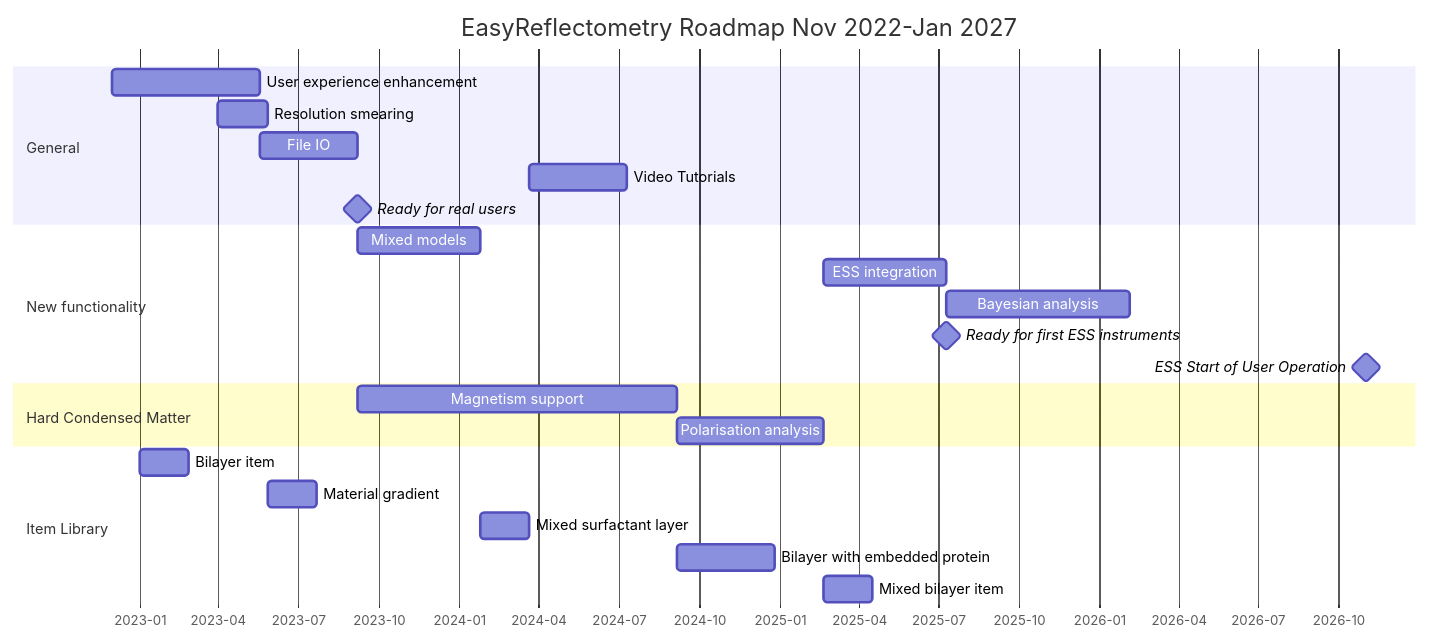
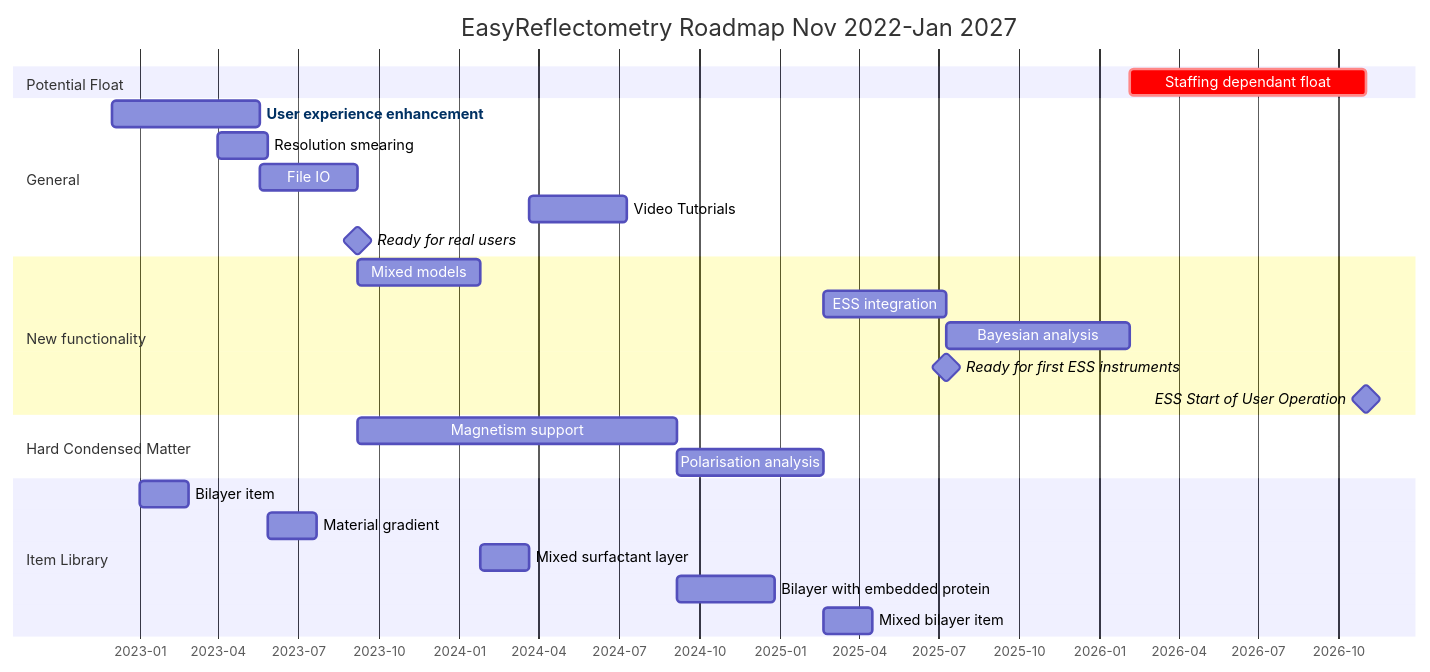
One commit to EasyScience/EasyReflectometryApp changed the diagram in ROADMAP.md. Above: the diagram before and after it, drawn with Mermaid. The commit also changed other lines of this file, not shown here.

Commit message:
Comments from Piotr and testing clicking

````diff
--- a/ROADMAP.md
+++ b/ROADMAP.md
@@ -6,33 +6,35 @@
 ```mermaid
 gantt
     title EasyReflectometry Roadmap Nov 2022-Jan 2027
     dateFormat  YYYY-MM
     axisFormat  %Y-%m
     todaymarker off
+    section Potential Float
+    Staffing dependant float :crit, after b3, 2026-11
 
     section General
     User experience enhancement :a1, 2022-12, 24w
     Resolution smearing :a2, 2023-04, 8w
     File IO :a3, after a1, 16w
     Video Tutorials :a4, after d3, 16w
     Ready for real users: milestone, m1, after a3, 2min
+    click a1 href "#user-experience-enhancement"
 
     section New functionality
     Mixed models :b1, after m1, 20w
     ESS integration :b2, after c2, 20w
     Bayesian analysis :b3, after b2, 30w
     Ready for first ESS instruments :milestone, m2, after b2, 2min
     ESS Start of User Operation :milestone, m3, 2026-11, 2min
 
     section Hard Condensed Matter
     Magnetism support :c1, after m1, 52w
     Polarisation analysis :c2, after c1, 24w
 
     section Item Library
     Bilayer item :d1, 2023-01, 8w
     Material gradient :d2, after a2, 8w
     Mixed surfactant layer :d3, after b1, 8w
     Bilayer with embedded protein :d4, after c1, 16w
     Mixed bilayer item :d5, after c2, 8w
-
 ```
````
